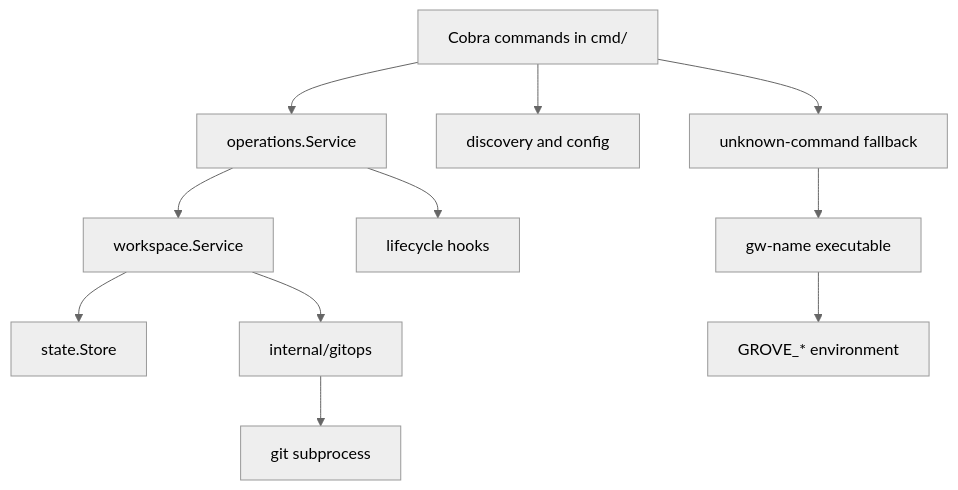
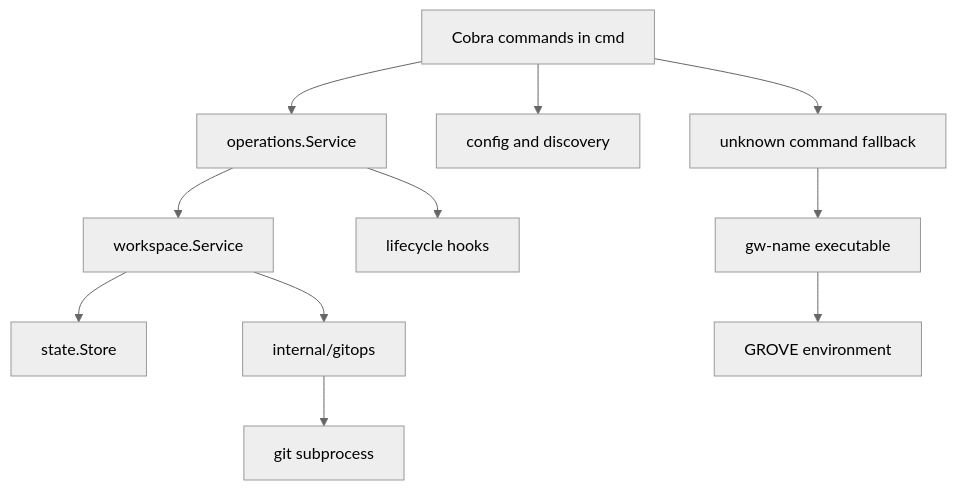
One commit to nicksenap/grove changed the first of 3 diagrams in openwiki/architecture.md. Above: the diagram before and after it, drawn with Mermaid (neutral theme). The commit also changed other lines of this file and 13 other files, not shown here.

````diff
--- a/openwiki/architecture.md
+++ b/openwiki/architecture.md
@@ -41,13 +43,13 @@
 ```mermaid
 flowchart TD
-    CLI["Cobra commands in cmd/"] --> OPS["operations.Service"]
+    CLI["Cobra commands in cmd"] --> OPS["operations.Service"]
     OPS --> WS["workspace.Service"]
     WS --> STATE["state.Store"]
     WS --> GIT["internal/gitops"]
     GIT --> SUB["git subprocess"]
     OPS --> HOOK["lifecycle hooks"]
-    CLI --> DISC["discovery and config"]
-    CLI --> FALLBACK["unknown-command fallback"]
+    CLI --> CFG["config and discovery"]
+    CLI --> FALLBACK["unknown command fallback"]
     FALLBACK --> EXT["gw-name executable"]
-    EXT --> ENV["GROVE_* environment"]
+    EXT --> ENV["GROVE environment"]
 ```
````
